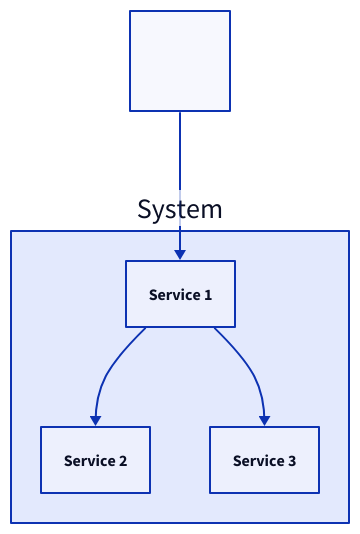
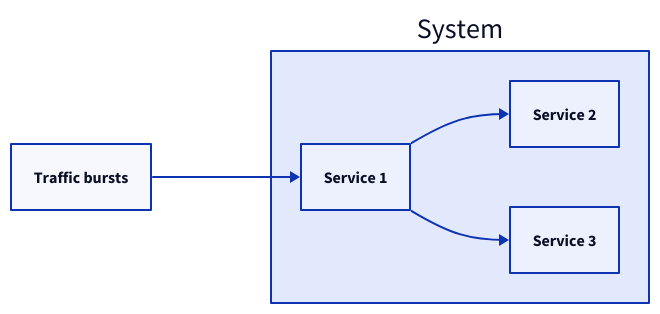
One commit to link1905/system-design-101 changed the sixth of 11 diagrams in content/docs/system-administration/system-protection/rate-limiting.md. Above: the diagram before and after it, drawn with D2. The commit also changed other lines of this file and 21 other files, not shown here.

````diff
--- a/content/docs/system-administration/system-protection/rate-limiting.md
+++ b/content/docs/system-administration/system-protection/rate-limiting.md
@@ -184,19 +199,20 @@
 ```d2
-b: "" {
+direction: right
+b: "Traffic bursts" {
   class: burst
 }
 s: System {
   s1: Service 1 {
     class: server
   }
   s2: Service 2 {
     class: server
   }
   s3: Service 3 {
     class: server
   }
   s1 -> s2
   s1 -> s3
 }
 b -> s.s1
 ```
````
